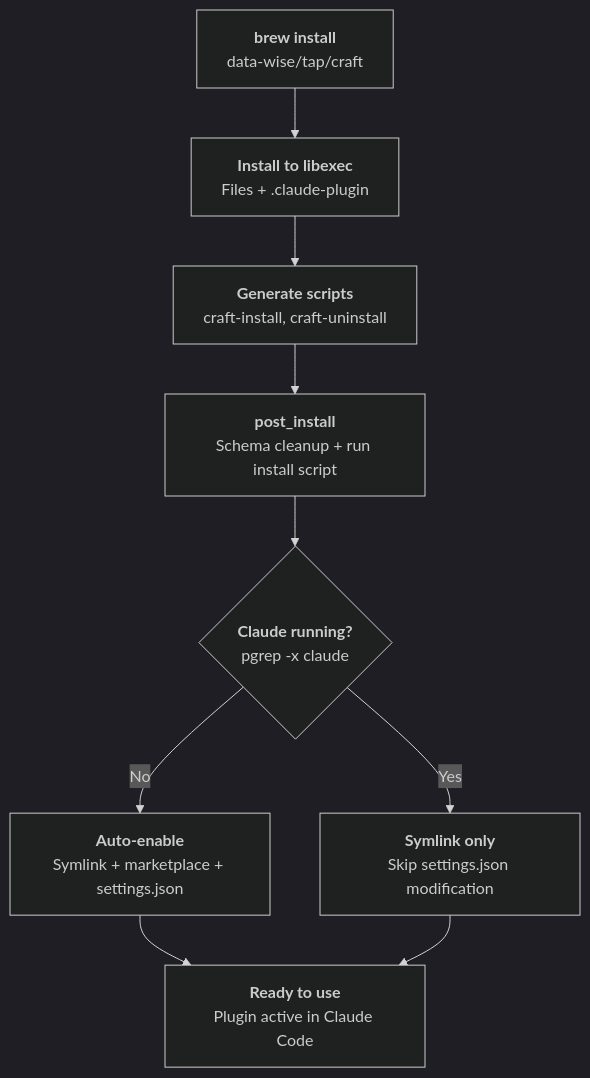
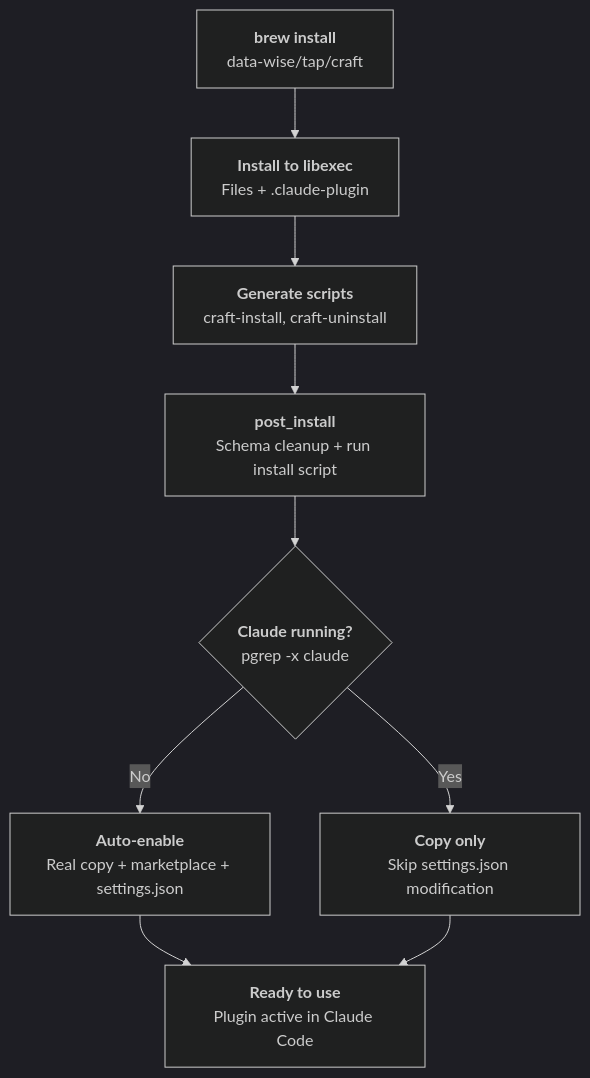
The diagram in docs/formulas/plugins.md (Data-Wise/homebrew-tap), drawn with Mermaid (dark theme) before and after one commit. The commit also changed other lines of this file and 4 other files, not shown here.

````diff
--- a/docs/formulas/plugins.md
+++ b/docs/formulas/plugins.md
@@ -7,19 +7,19 @@
 ```mermaid
 flowchart TD
     A["`**brew install**
     data-wise/tap/craft`"] --> B["`**Install to libexec**
     Files + .claude-plugin`"]
     B --> C["`**Generate scripts**
     craft-install, craft-uninstall`"]
     C --> D["`**post_install**
     Schema cleanup + run install script`"]
     D --> E{"`**Claude running?**
     pgrep -x claude`"}
     E -->|No| F["`**Auto-enable**
-    Symlink + marketplace + settings.json`"]
-    E -->|Yes| G["`**Symlink only**
+    Real copy + marketplace + settings.json`"]
+    E -->|Yes| G["`**Copy only**
     Skip settings.json modification`"]
     F --> H["`**Ready to use**
     Plugin active in Claude Code`"]
     G --> H
 ```
````
